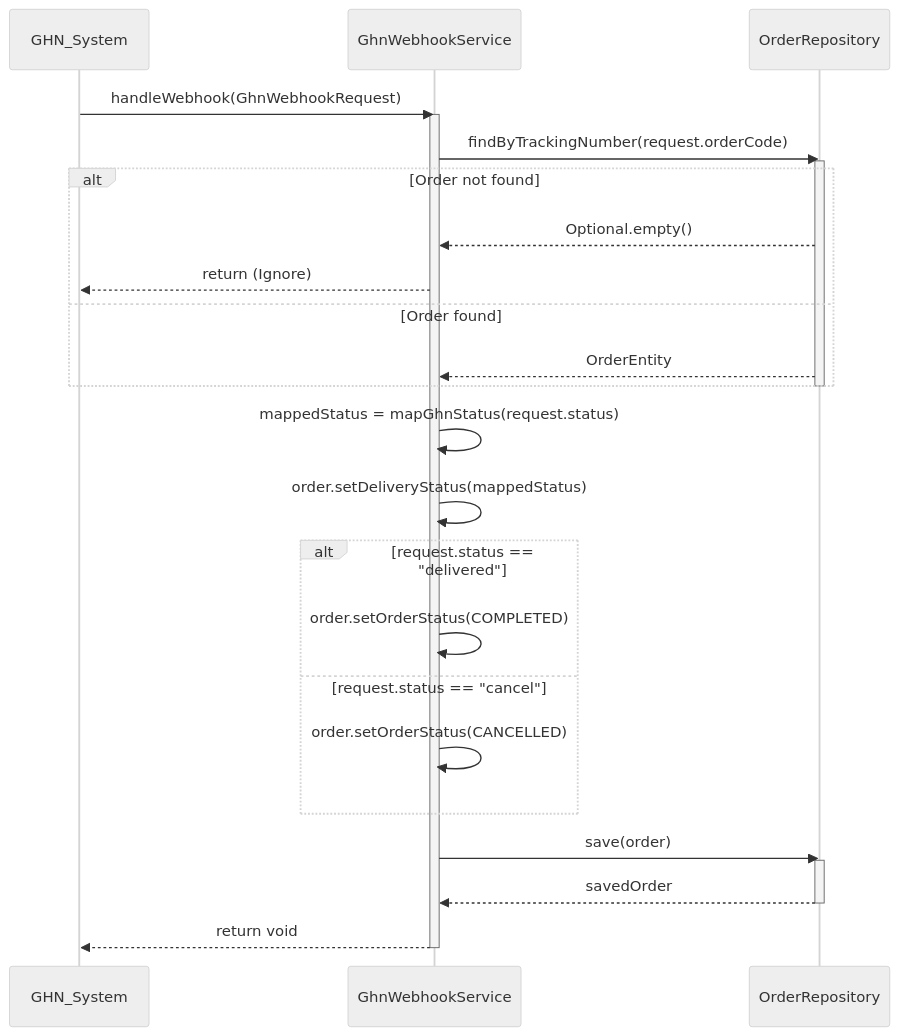
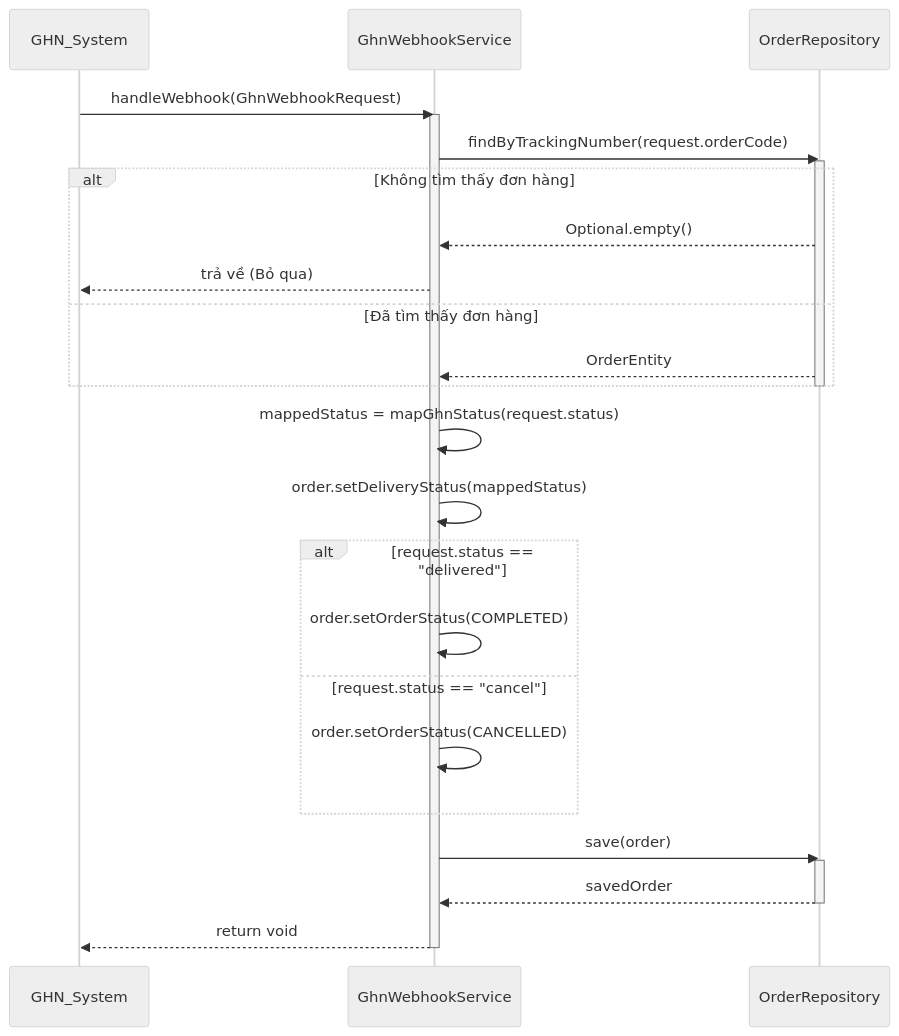
The fourth of 4 diagrams in .agent/sequence/ghn_services_sequence_diagrams.md (aquoc09/easymall), drawn with Mermaid (neutral theme) before and after one commit. The commit also changed other lines of this file and 18 other files, not shown here.

Commit message:
UPDATE: Sequence diagram vietnamese

````diff
--- a/.agent/sequence/ghn_services_sequence_diagrams.md
+++ b/.agent/sequence/ghn_services_sequence_diagrams.md
@@ -136,36 +136,36 @@
 ```mermaid
 sequenceDiagram
     participant GHN_System
     participant GhnWebhookService
     participant OrderRepository
 
     GHN_System->>GhnWebhookService: handleWebhook(GhnWebhookRequest)
     activate GhnWebhookService
 
     GhnWebhookService->>OrderRepository: findByTrackingNumber(request.orderCode)
     activate OrderRepository
-    alt Order not found
+    alt Không tìm thấy đơn hàng
         OrderRepository-->>GhnWebhookService: Optional.empty()
-        GhnWebhookService-->>GHN_System: return (Ignore)
-    else Order found
+        GhnWebhookService-->>GHN_System: trả về (Bỏ qua)
+    else Đã tìm thấy đơn hàng
         OrderRepository-->>GhnWebhookService: OrderEntity
     end
     deactivate OrderRepository
 
     GhnWebhookService->>GhnWebhookService: mappedStatus = mapGhnStatus(request.status)
     GhnWebhookService->>GhnWebhookService: order.setDeliveryStatus(mappedStatus)
 
     alt request.status == "delivered"
         GhnWebhookService->>GhnWebhookService: order.setOrderStatus(COMPLETED)
     else request.status == "cancel"
         GhnWebhookService->>GhnWebhookService: order.setOrderStatus(CANCELLED)
     end
 
     GhnWebhookService->>OrderRepository: save(order)
     activate OrderRepository
     OrderRepository-->>GhnWebhookService: savedOrder
     deactivate OrderRepository
 
     GhnWebhookService-->>GHN_System: return void
     deactivate GhnWebhookService
 ```
````
